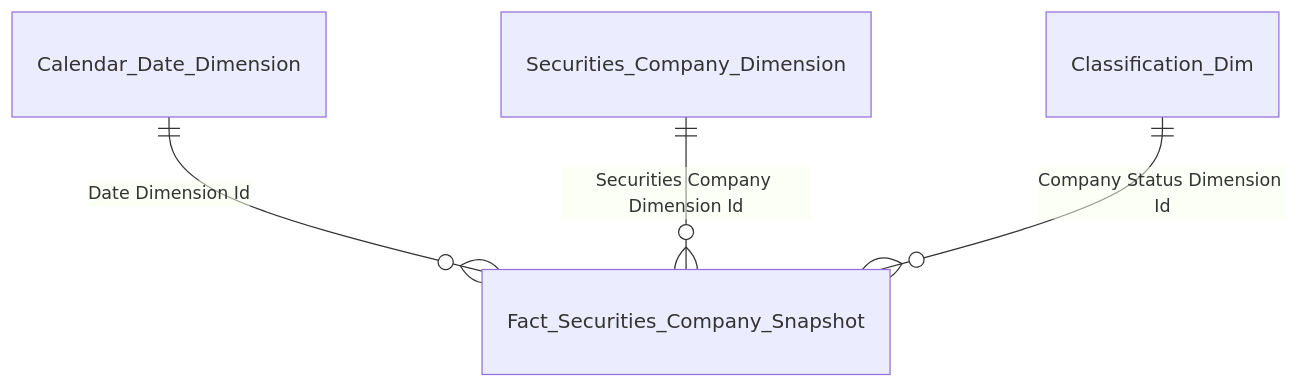
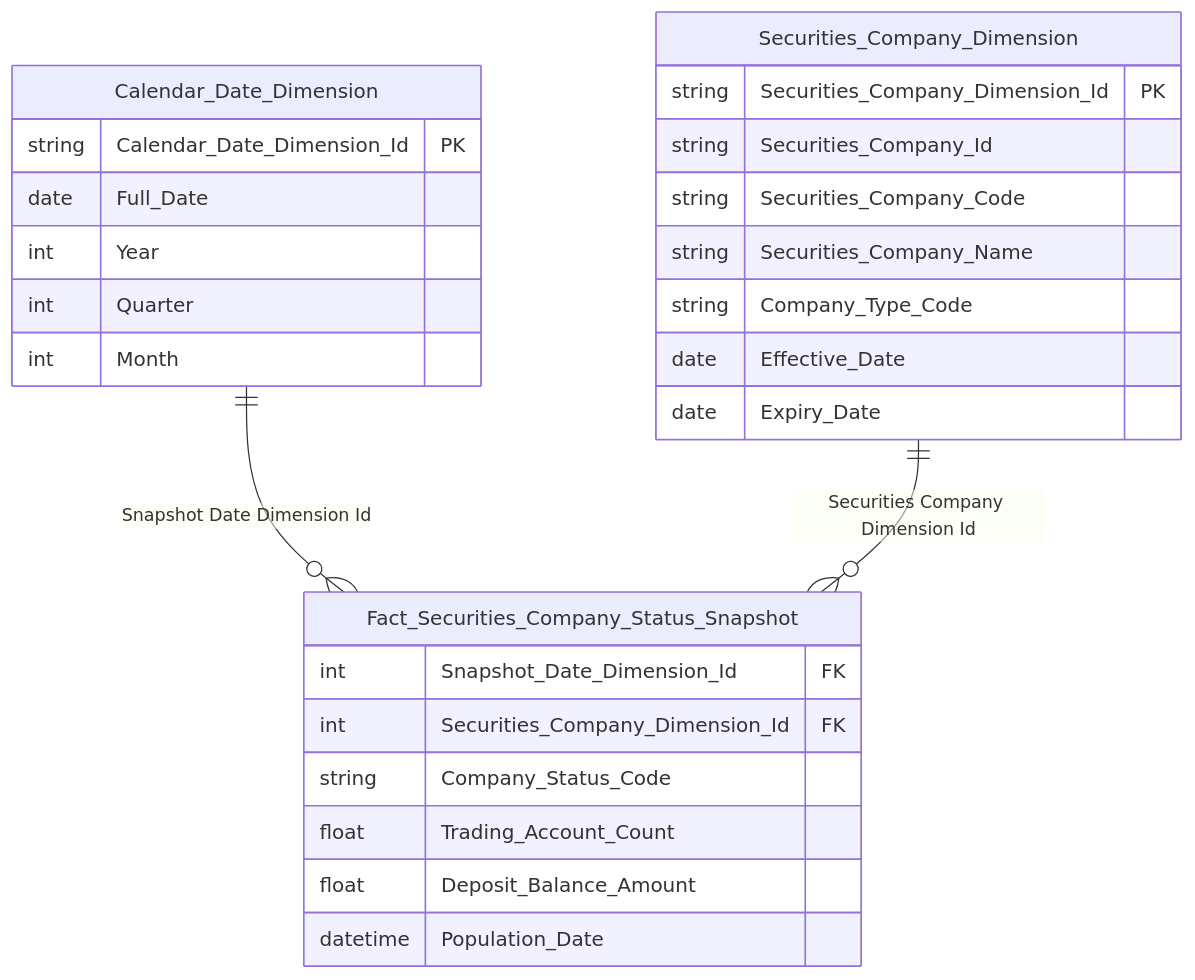
Before and after one commit to linhlvit/ubck_atomic_design: diagram 17 of 37 in Gold/hld/GOLD_QLKD_HLD.md, drawn with Mermaid. The commit also changed other lines of this file and 5 other files, not shown here.

````diff
--- a/Gold/hld/GOLD_QLKD_HLD.md
+++ b/Gold/hld/GOLD_QLKD_HLD.md
@@ -104,6 +651,32 @@
 ```mermaid
 erDiagram
-    Calendar_Date_Dimension ||--o{ Fact_Securities_Company_Snapshot : "Date Dimension Id"
-    Securities_Company_Dimension ||--o{ Fact_Securities_Company_Snapshot : "Securities Company Dimension Id"
-    Classification_Dim ||--o{ Fact_Securities_Company_Snapshot : "Company Status Dimension Id"
+    Fact_Securities_Company_Status_Snapshot {
+        int Snapshot_Date_Dimension_Id FK
+        int Securities_Company_Dimension_Id FK
+        string Company_Status_Code
+        float Trading_Account_Count
+        float Deposit_Balance_Amount
+        datetime Population_Date
+    }
+
+    Securities_Company_Dimension {
+        string Securities_Company_Dimension_Id PK
+        string Securities_Company_Id
+        string Securities_Company_Code
+        string Securities_Company_Name
+        string Company_Type_Code
+        date Effective_Date
+        date Expiry_Date
+    }
+
+    Calendar_Date_Dimension {
+        string Calendar_Date_Dimension_Id PK
+        date Full_Date
+        int Year
+        int Quarter
+        int Month
+    }
+
+    Calendar_Date_Dimension ||--o{ Fact_Securities_Company_Status_Snapshot : "Snapshot Date Dimension Id"
+    Securities_Company_Dimension ||--o{ Fact_Securities_Company_Status_Snapshot : "Securities Company Dimension Id"
 ```
````
